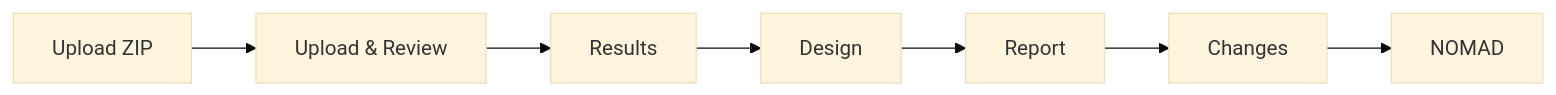
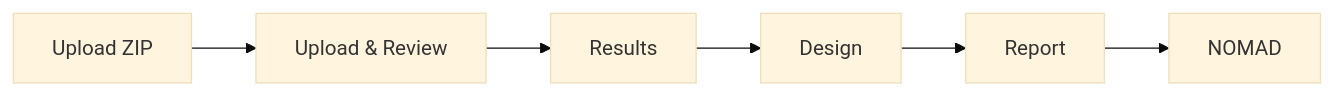
One commit to matginesi/LabFlow changed the diagram in docs/guides/GETTING_STARTED.md. Above: the diagram before and after it, drawn with Mermaid (base theme). The commit also changed other lines of this file and 43 other files, not shown here.

````diff
--- a/docs/guides/GETTING_STARTED.md
+++ b/docs/guides/GETTING_STARTED.md
@@ -16,9 +16,8 @@
 ```mermaid
 flowchart LR
   ZIP[Upload ZIP] --> REVIEW[Upload & Review]
   REVIEW --> RESULTS[Results]
   RESULTS --> DESIGN[Design]
   DESIGN --> REPORT[Report]
-  REPORT --> CHANGES[Changes]
-  CHANGES --> NOMAD[NOMAD]
+  REPORT --> NOMAD[NOMAD]
 ```
````
